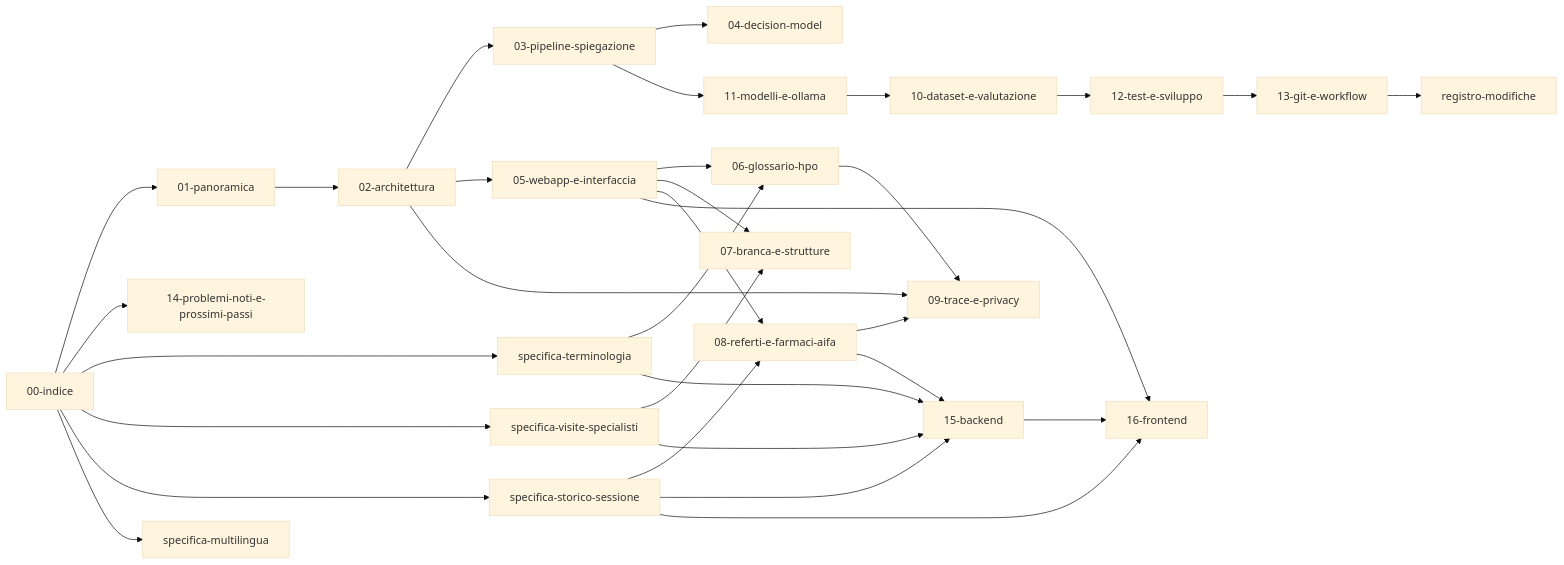
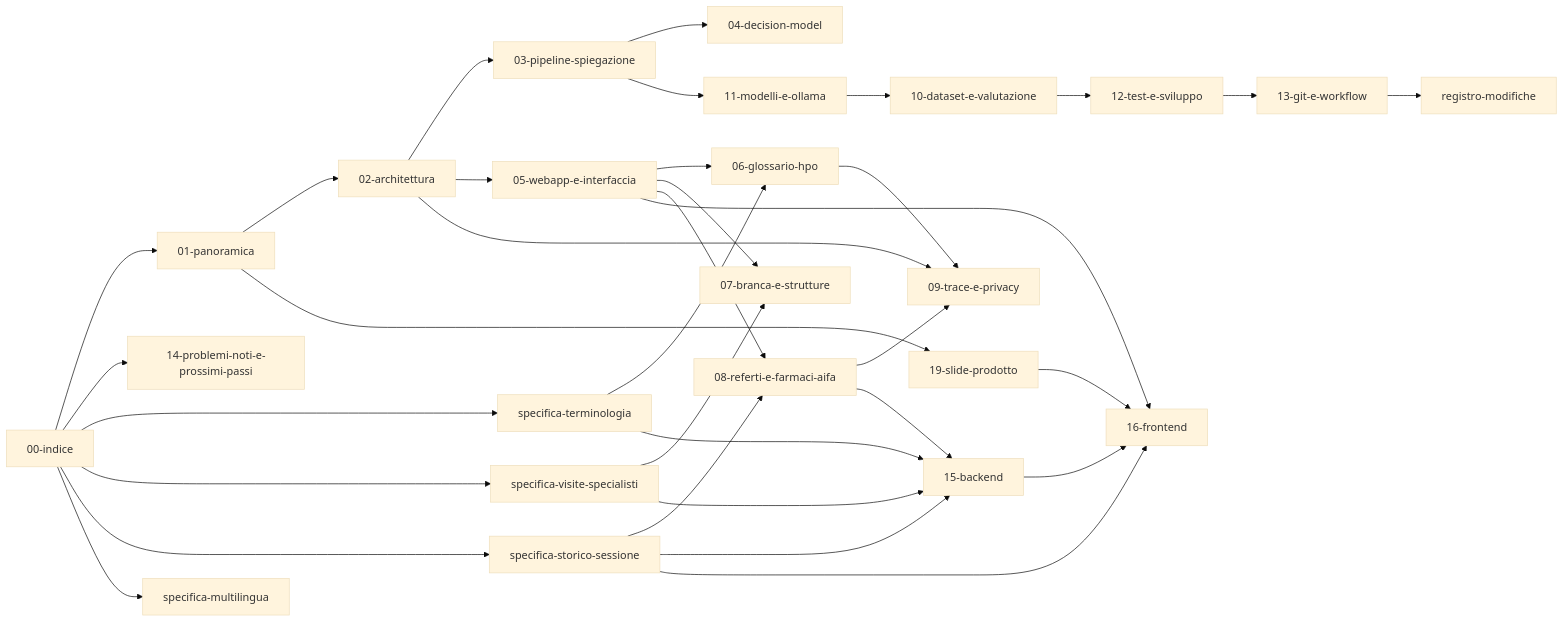
The diagram in docs/00-indice.md (Andreaioele/Referto), drawn with Mermaid (base theme) before and after one commit. The commit also changed other lines of this file and 34 other files, not shown here.

First line of the commit message:
Slide del prodotto con HyperFrames in resources/slide/

````diff
--- a/docs/00-indice.md
+++ b/docs/00-indice.md
@@ -51,34 +54,36 @@
 ```mermaid
 graph LR
   indice[00-indice] --> panoramica[01-panoramica]
   panoramica --> architettura[02-architettura]
   architettura --> pipeline[03-pipeline-spiegazione]
   pipeline --> decision[04-decision-model]
   architettura --> webapp[05-webapp-e-interfaccia]
   webapp --> glossario[06-glossario-hpo]
   webapp --> strutture[07-branca-e-strutture]
   webapp --> farmaci[08-referti-e-farmaci-aifa]
   farmaci --> trace[09-trace-e-privacy]
   farmaci --> backend[15-backend]
   backend --> frontend[16-frontend]
   webapp --> frontend
   glossario --> trace
   architettura --> trace
   pipeline --> modelli[11-modelli-e-ollama]
   modelli --> dataset[10-dataset-e-valutazione]
   dataset --> test[12-test-e-sviluppo]
   test --> git[13-git-e-workflow]
   git --> registro[registro-modifiche]
   indice --> problemi[14-problemi-noti-e-prossimi-passi]
   indice --> specTerminologia[specifica-terminologia]
   indice --> specVisite[specifica-visite-specialisti]
   indice --> specStorico[specifica-storico-sessione]
   indice --> specLingua[specifica-multilingua]
   specTerminologia --> glossario
   specTerminologia --> backend
   specVisite --> strutture
   specVisite --> backend
   specStorico --> farmaci
   specStorico --> backend
   specStorico --> frontend
+  panoramica --> slide[19-slide-prodotto]
+  slide --> frontend
 ```
````
